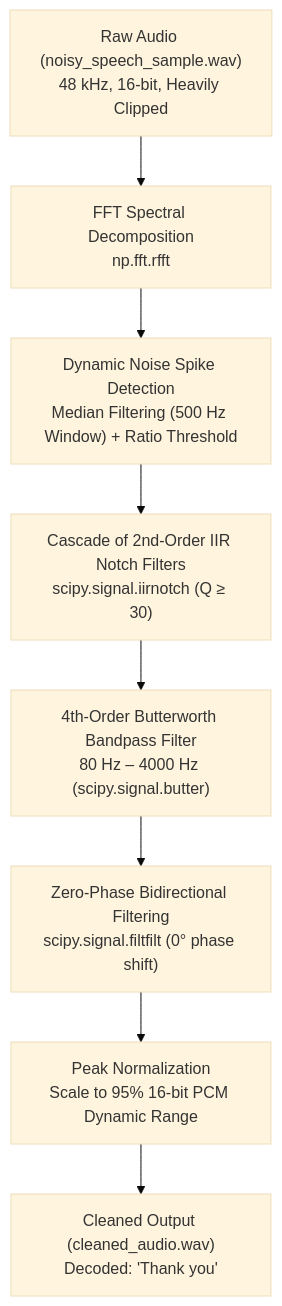
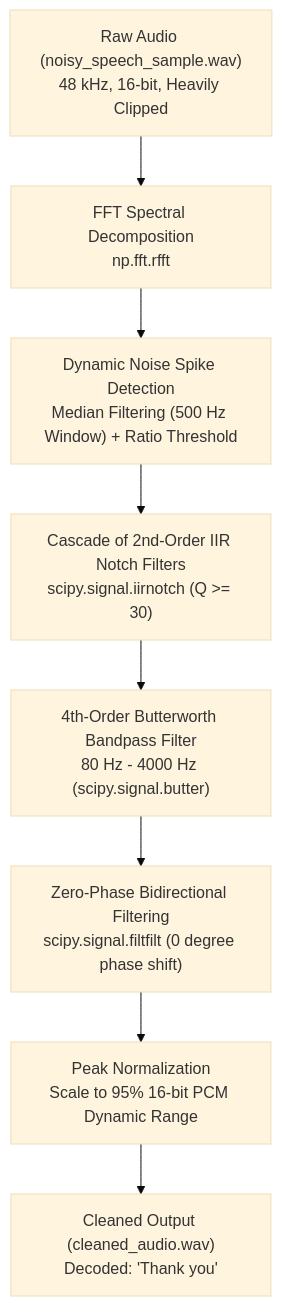
The diagram in README.md (Mustafa700aa/Audio-denoising-hidden-word-recovery), drawn with Mermaid (base theme) before and after one commit. The commit also changed other lines of this file, not shown here.

````diff
--- a/README.md
+++ b/README.md
@@ -58,10 +59,10 @@
 ```mermaid
 flowchart TD
     A["Raw Audio (noisy_speech_sample.wav)\n48 kHz, 16-bit, Heavily Clipped"] --> B["FFT Spectral Decomposition\nnp.fft.rfft"]
     B --> C["Dynamic Noise Spike Detection\nMedian Filtering (500 Hz Window) + Ratio Threshold"]
-    C --> D["Cascade of 2nd-Order IIR Notch Filters\nscipy.signal.iirnotch (Q ≥ 30)"]
-    D --> E["4th-Order Butterworth Bandpass Filter\n80 Hz – 4000 Hz (scipy.signal.butter)"]
-    E --> F["Zero-Phase Bidirectional Filtering\nscipy.signal.filtfilt (0° phase shift)"]
+    C --> D["Cascade of 2nd-Order IIR Notch Filters\nscipy.signal.iirnotch (Q >= 30)"]
+    D --> E["4th-Order Butterworth Bandpass Filter\n80 Hz - 4000 Hz (scipy.signal.butter)"]
+    E --> F["Zero-Phase Bidirectional Filtering\nscipy.signal.filtfilt (0 degree phase shift)"]
     F --> G["Peak Normalization\nScale to 95% 16-bit PCM Dynamic Range"]
     G --> H["Cleaned Output (cleaned_audio.wav)\nDecoded: 'Thank you'"]
 ```
````
